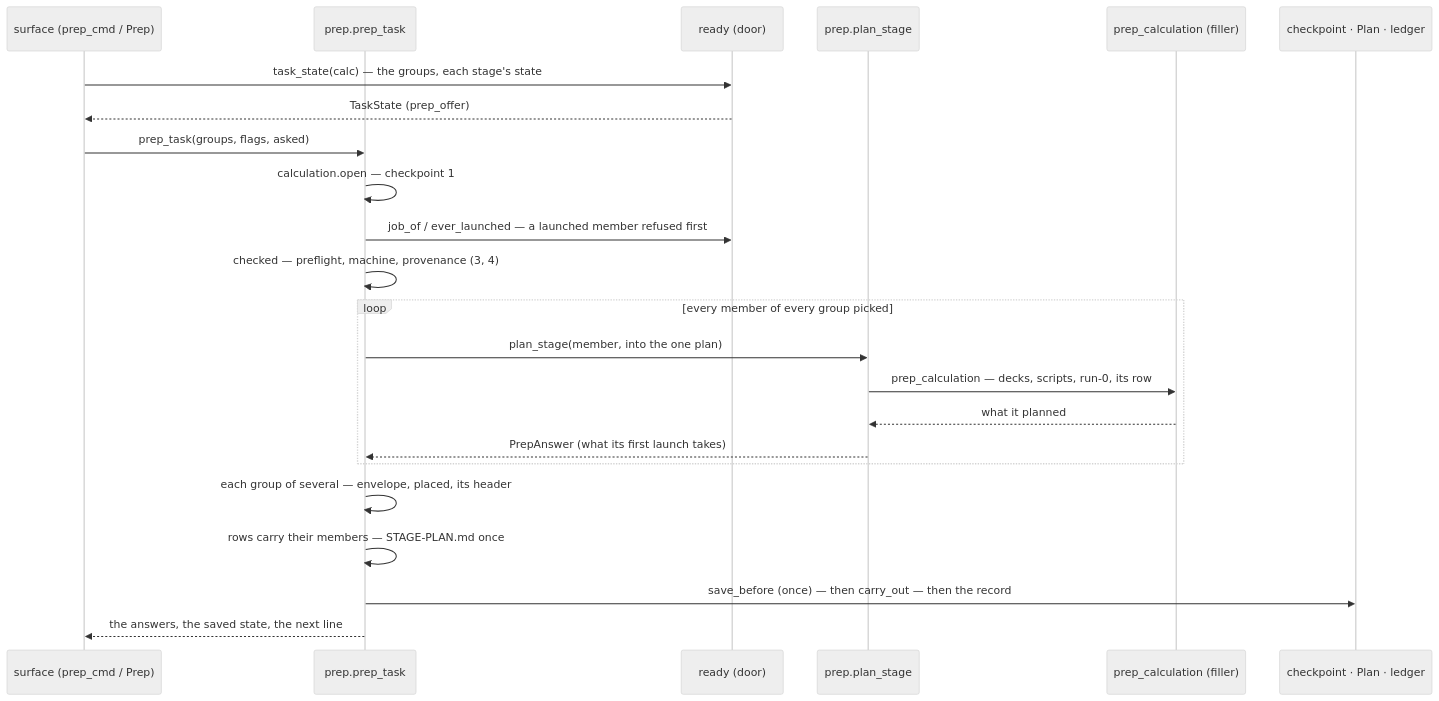
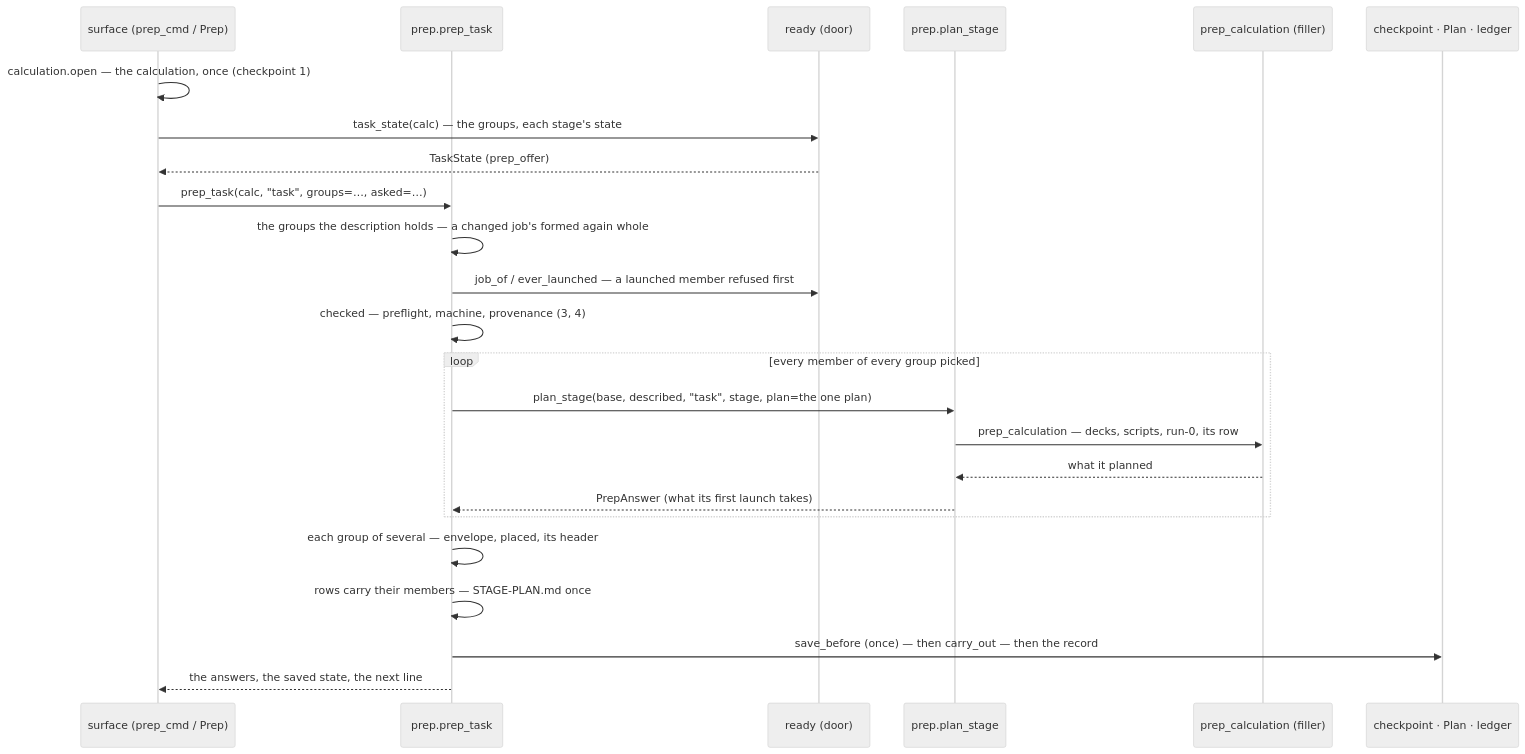
One commit to Qing-LAB/molbuilder changed diagram 18 of 19 in docs/execution/job-system.md. Above: the diagram before and after it, drawn with Mermaid (neutral theme). The commit also changed other lines of this file and 54 other files, not shown here.

````diff
--- a/docs/execution/job-system.md
+++ b/docs/execution/job-system.md
@@ -3030,25 +3034,26 @@
 ```mermaid
 sequenceDiagram
     participant S as surface (prep_cmd / Prep)
     participant E as prep.prep_task
     participant R as ready (door)
     participant P as prep.plan_stage
     participant F as prep_calculation (filler)
     participant X as checkpoint · Plan · ledger
+    S->>S: calculation.open — the calculation, once (checkpoint 1)
     S->>R: task_state(calc) — the groups, each stage's state
     R-->>S: TaskState (prep_offer)
-    S->>E: prep_task(groups, flags, asked)
-    E->>E: calculation.open — checkpoint 1
+    S->>E: prep_task(calc, "task", groups=…, asked=…)
+    E->>E: the groups the description holds — a changed job's formed again whole
     E->>R: job_of / ever_launched — a launched member refused first
     E->>E: checked — preflight, machine, provenance (3, 4)
     loop every member of every group picked
-        E->>P: plan_stage(member, into the one plan)
+        E->>P: plan_stage(base, described, "task", stage, plan=the one plan)
         P->>F: prep_calculation — decks, scripts, run-0, its row
         F-->>P: what it planned
         P-->>E: PrepAnswer (what its first launch takes)
     end
     E->>E: each group of several — envelope, placed, its header
     E->>E: rows carry their members — STAGE-PLAN.md once
     E->>X: save_before (once) — then carry_out — then the record
     E-->>S: the answers, the saved state, the next line
 ```
````
